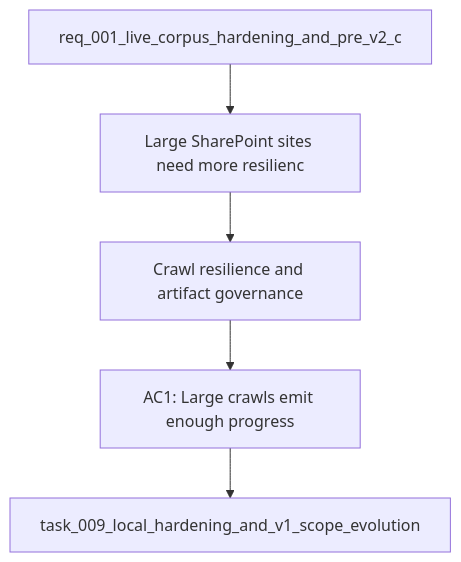
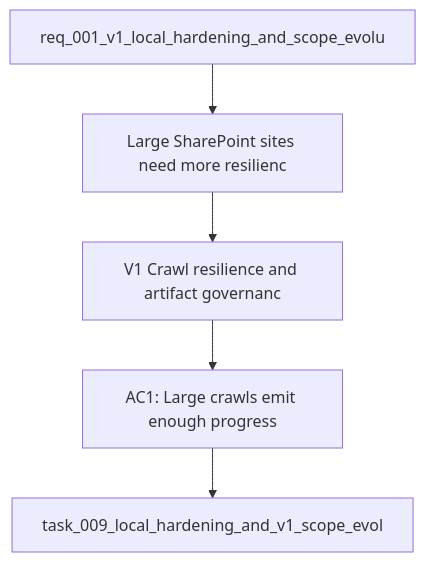
Before and after one commit to AlexAgo83/deepvault: the diagram in logics/backlog/item_017_v1_crawl_resilience_and_artifact_governance.md, drawn with Mermaid. The commit also changed 28 other files, not shown here.

````diff
--- a/logics/backlog/item_017_v1_crawl_resilience_and_artifact_governance.md
+++ b/logics/backlog/item_017_v1_crawl_resilience_and_artifact_governance.md
@@ -21,9 +21,9 @@
 ```mermaid
 %% logics-kind: backlog
 %% logics-signature: backlog|v1-crawl-resilience-and-artifact-governa|req-001-v1-local-hardening-and-scope-evo|large-sharepoint-sites-need-more-resilie|ac1-large-crawls-emit-enough-progress
 flowchart TD
-    Request[req_001_live_corpus_hardening_and_pre_v2_c] --> Problem[Large SharePoint sites need more resilienc]
-    Problem --> Scope[Crawl resilience and artifact governance]
+    Request[req_001_v1_local_hardening_and_scope_evolu] --> Problem[Large SharePoint sites need more resilienc]
+    Problem --> Scope[V1 Crawl resilience and artifact governanc]
     Scope --> Acceptance[AC1: Large crawls emit enough progress]
-    Acceptance --> Tasks[task_009_local_hardening_and_v1_scope_evolution]
+    Acceptance --> Tasks[task_009_local_hardening_and_v1_scope_evol]
 ```
````
